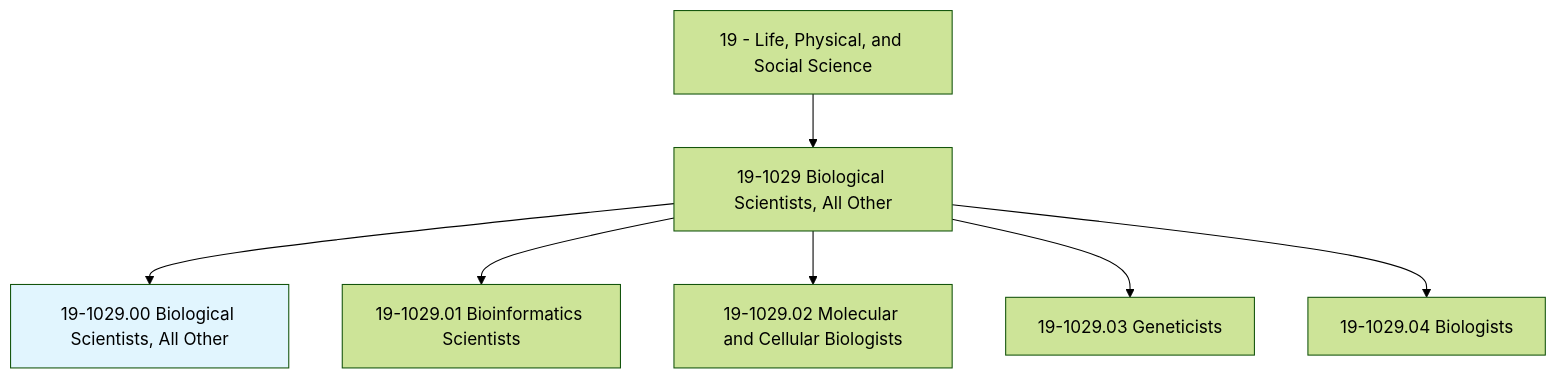
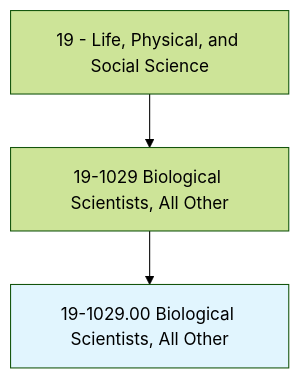
The first of 4 diagrams in occupations/Science/BiologicalScientists.mdx (kziemski/business.org.ai), drawn with Mermaid (forest theme) before and after one commit. The commit also changed other lines of this file and 938 other files, not shown here.

````diff
--- a/occupations/Science/BiologicalScientists.mdx
+++ b/occupations/Science/BiologicalScientists.mdx
@@ -19,10 +23,6 @@
 ```mermaid
 graph TD
     Cat19["19 - Life, Physical, and Social Science"] --> Group191029["19-1029 Biological Scientists, All Other"]
     Group191029 --> Current["19-1029.00 Biological Scientists, All Other"]
     style Current fill:#e1f5fe
-    Group191029 --> V19102901["19-1029.01 Bioinformatics Scientists"]
-    Group191029 --> V19102902["19-1029.02 Molecular and Cellular Biologists"]
-    Group191029 --> V19102903["19-1029.03 Geneticists"]
-    Group191029 --> V19102904["19-1029.04 Biologists"]
 ```
````
